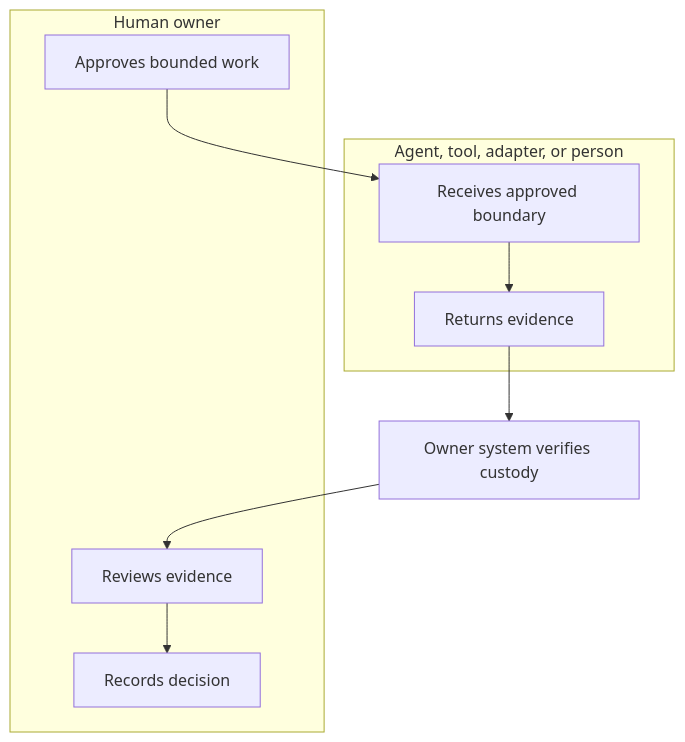
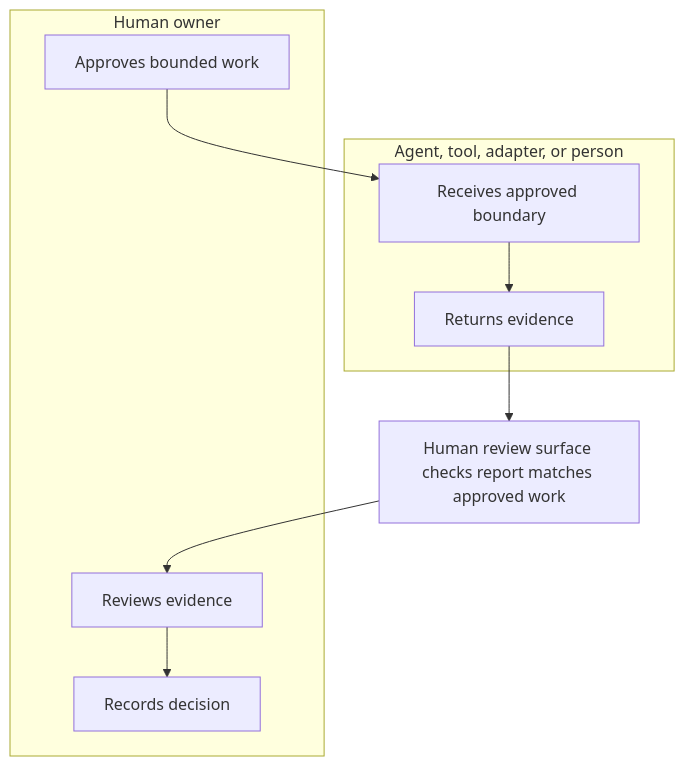
One commit to joefeser/hacp changed the first of 5 diagrams in docs/use-cases.md. Above: the diagram before and after it, drawn with Mermaid. The commit also changed other lines of this file and 1 other file, not shown here.

First line of the commit message:
feat: pr review

````diff
--- a/docs/use-cases.md
+++ b/docs/use-cases.md
@@ -36,17 +36,17 @@
 ```mermaid
 flowchart TB
   subgraph Human["Human owner"]
     A["Approves bounded work"]
     E["Reviews evidence"]
     F["Records decision"]
   end
   subgraph Participant["Agent, tool, adapter, or person"]
     B["Receives approved boundary"]
     C["Returns evidence"]
   end
   A --> B
   B --> C
-  C --> D["Owner system verifies custody"]
+  C --> D["Human review surface checks report matches approved work"]
   D --> E
   E --> F
 ```
````
